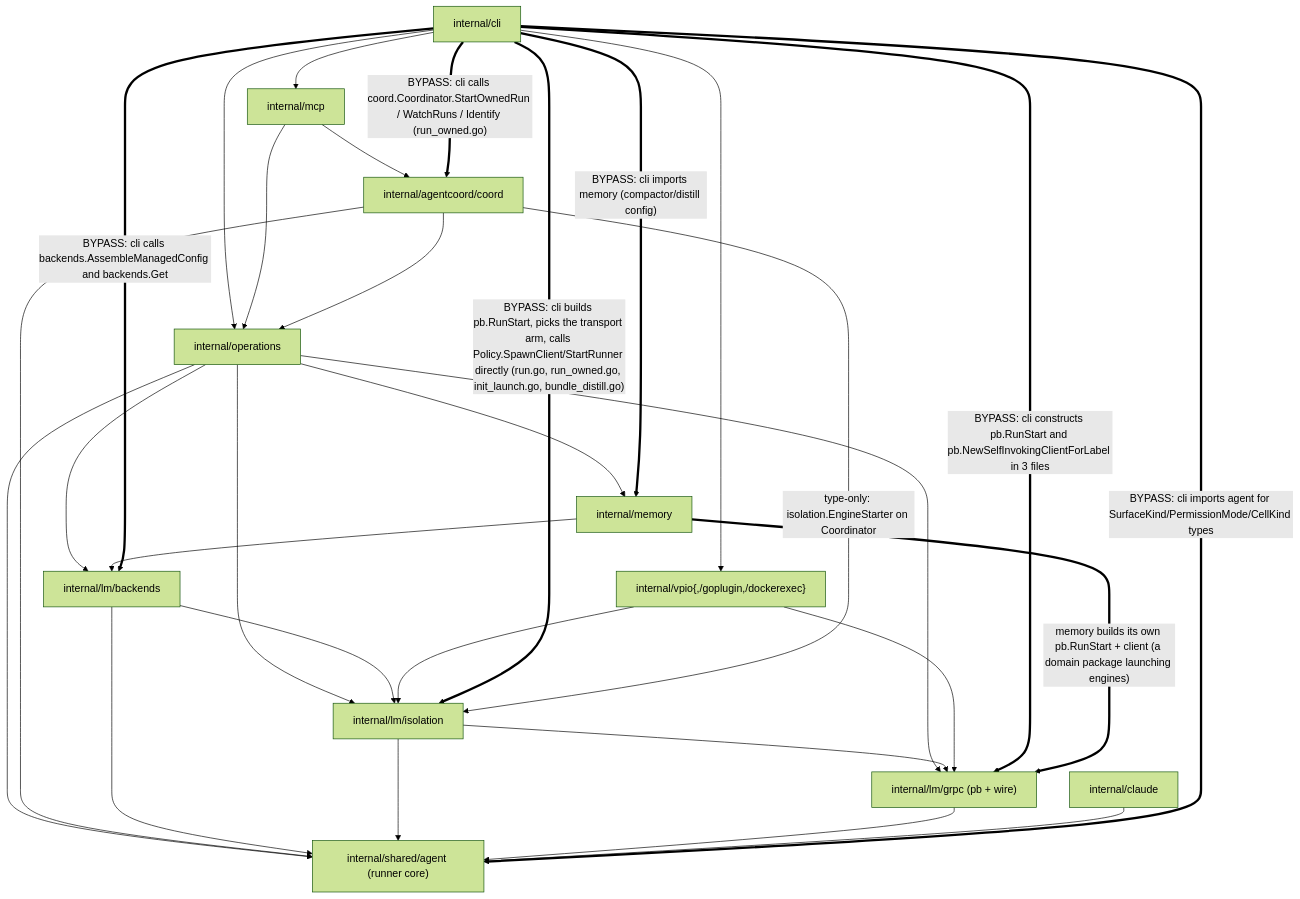
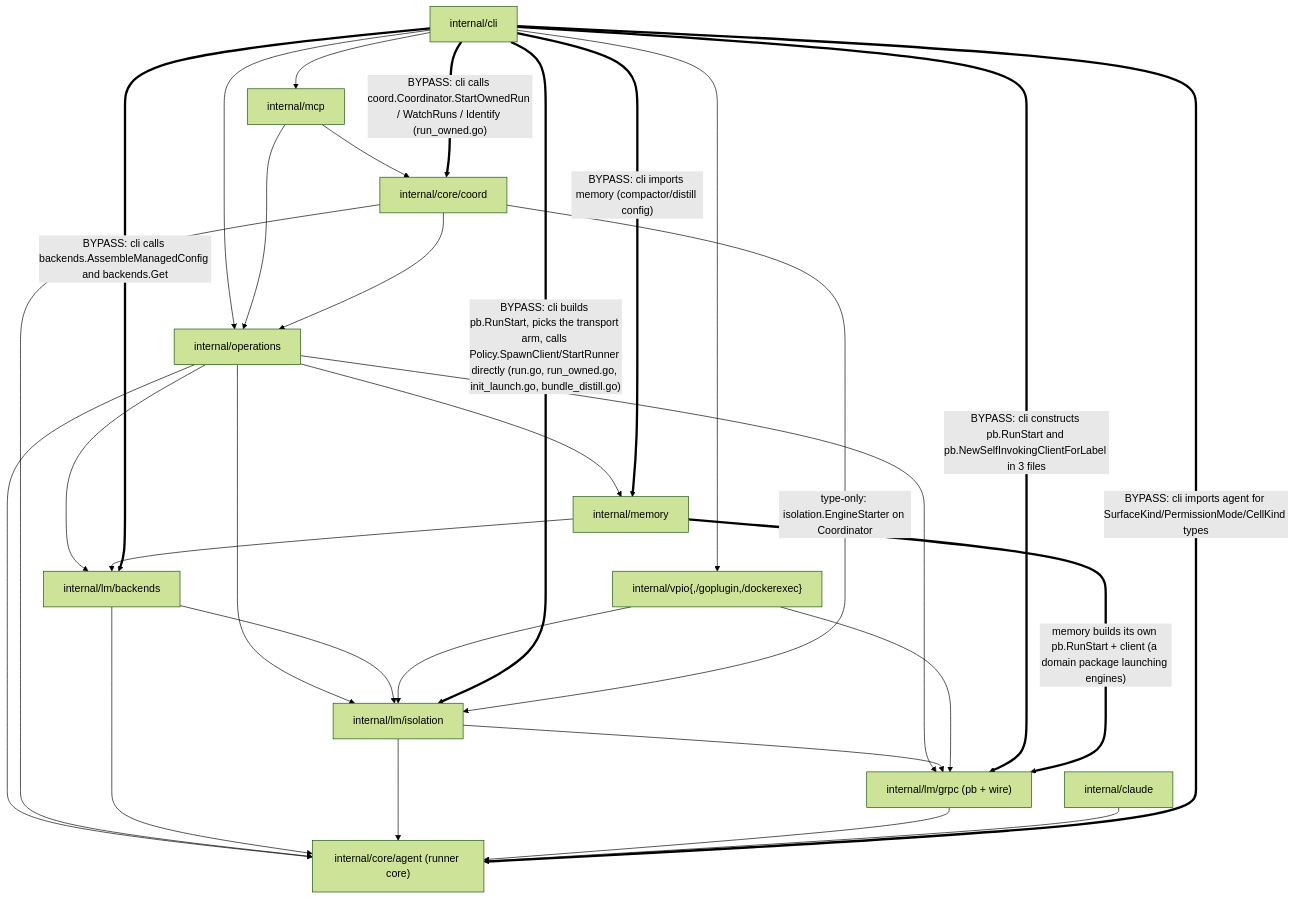
Before and after one commit to ctxloom/ctxloom: the seventh of 9 diagrams in docs/architecture/audit-2026-09-18/01-launch-paths.md, drawn with Mermaid (forest theme). The commit also changed other lines of this file and 1836 other files, not shown here.

First line of the commit message:
refactor(arch): move the core ring into internal/core

````diff
--- a/docs/architecture/audit-2026-09-18/01-launch-paths.md
+++ b/docs/architecture/audit-2026-09-18/01-launch-paths.md
@@ -534,45 +534,45 @@
 ```mermaid
 flowchart TB
   cli["internal/cli"]
   operations["internal/operations"]
   mcp["internal/mcp"]
-  coord["internal/agentcoord/coord"]
+  coord["internal/core/coord"]
   isolation["internal/lm/isolation"]
   backends["internal/lm/backends"]
   grpc["internal/lm/grpc (pb + wire)"]
-  agent["internal/shared/agent (runner core)"]
+  agent["internal/core/agent (runner core)"]
   claude["internal/claude"]
   memory["internal/memory"]
   vpio["internal/vpio{,/goplugin,/dockerexec}"]
 
   cli --> operations
   cli --> mcp
   cli --> vpio
   operations --> isolation
   operations --> backends
   operations --> grpc
   operations --> agent
   operations --> memory
   mcp --> coord
   mcp --> operations
   coord --> operations
   coord --> agent
   backends --> isolation
   backends --> agent
   isolation --> grpc
   isolation --> agent
   grpc --> agent
   claude --> agent
   memory --> backends
   vpio --> grpc
   vpio --> isolation
 
   cli == "BYPASS: cli builds pb.RunStart, picks the transport arm, calls Policy.SpawnClient/StartRunner directly (run.go, run_owned.go, init_launch.go, bundle_distill.go)" ==> isolation
   cli == "BYPASS: cli calls backends.AssembleManagedConfig and backends.Get" ==> backends
   cli == "BYPASS: cli constructs pb.RunStart and pb.NewSelfInvokingClientForLabel in 3 files" ==> grpc
   cli == "BYPASS: cli calls coord.Coordinator.StartOwnedRun / WatchRuns / Identify (run_owned.go)" ==> coord
   cli == "BYPASS: cli imports memory (compactor/distill config)" ==> memory
   cli == "BYPASS: cli imports agent for SurfaceKind/PermissionMode/CellKind types" ==> agent
   coord -- "type-only: isolation.EngineStarter on Coordinator" --> isolation
   memory == "memory builds its own pb.RunStart + client (a domain package launching engines)" ==> grpc
 ```
````
